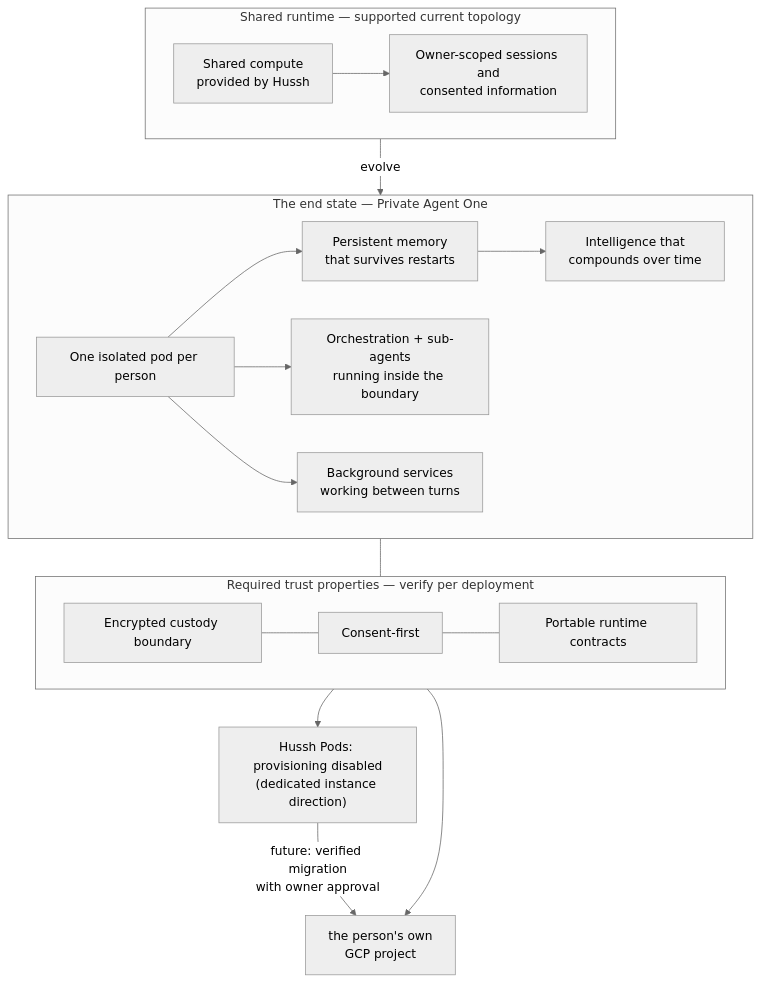
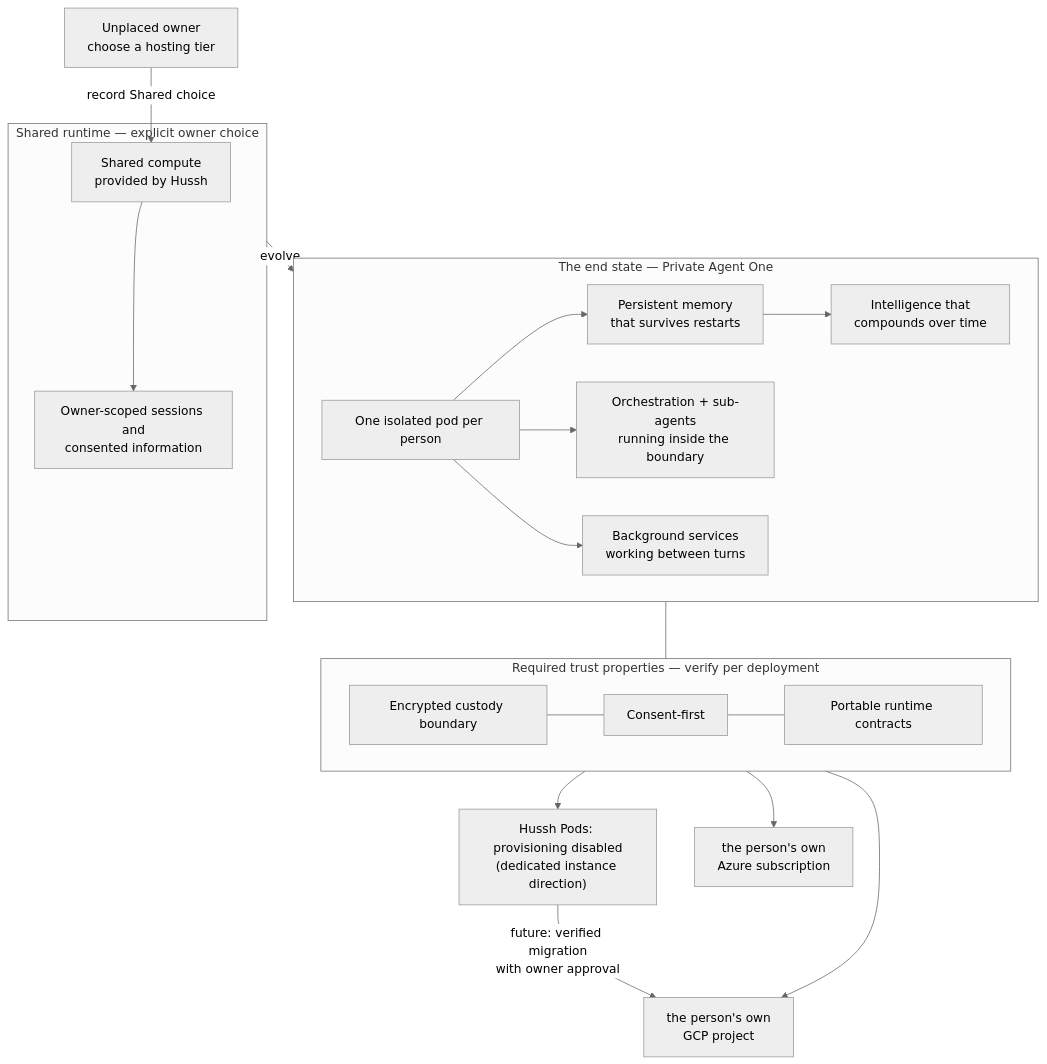
The diagram in docs/reference/architecture/private-agent-north-star.md (hushh-labs/hushh-research), drawn with Mermaid (neutral theme) before and after one commit. The commit also changed other lines of this file and 312 other files, not shown here.

````diff
--- a/docs/reference/architecture/private-agent-north-star.md
+++ b/docs/reference/architecture/private-agent-north-star.md
@@ -13,20 +13,23 @@
 ```mermaid
 flowchart TB
-  subgraph WAS["Shared runtime — supported current topology"]
+  U0["Unplaced owner<br/>choose a hosting tier"]
+  subgraph WAS["Shared runtime — explicit owner choice"]
     S1["Shared compute<br/>provided by Hussh"] --> S2["Owner-scoped sessions and<br/>consented information"]
   end
+  U0 -->|"record Shared choice"| S1
   subgraph IS["The end state — Private Agent One"]
     P1["One isolated pod per person"] --> P2["Persistent memory<br/>that survives restarts"]
     P1 --> P3["Orchestration + sub-agents<br/>running inside the boundary"]
     P1 --> P4["Background services<br/>working between turns"]
     P2 --> P5["Intelligence that<br/>compounds over time"]
   end
   subgraph HOW["Required trust properties — verify per deployment"]
     Z1["Encrypted custody boundary"] --- Z2["Consent-first"] --- Z3["Portable runtime contracts"]
   end
   WAS -->|"evolve"| IS
   IS --- HOW
   HOW --> D1["Hussh Pods: provisioning disabled<br/>(dedicated instance direction)"]
   HOW --> D2["the person's own<br/>GCP project"]
+  HOW --> D3["the person's own<br/>Azure subscription"]
   D1 -->|"future: verified migration<br/>with owner approval"| D2
 ```
````
